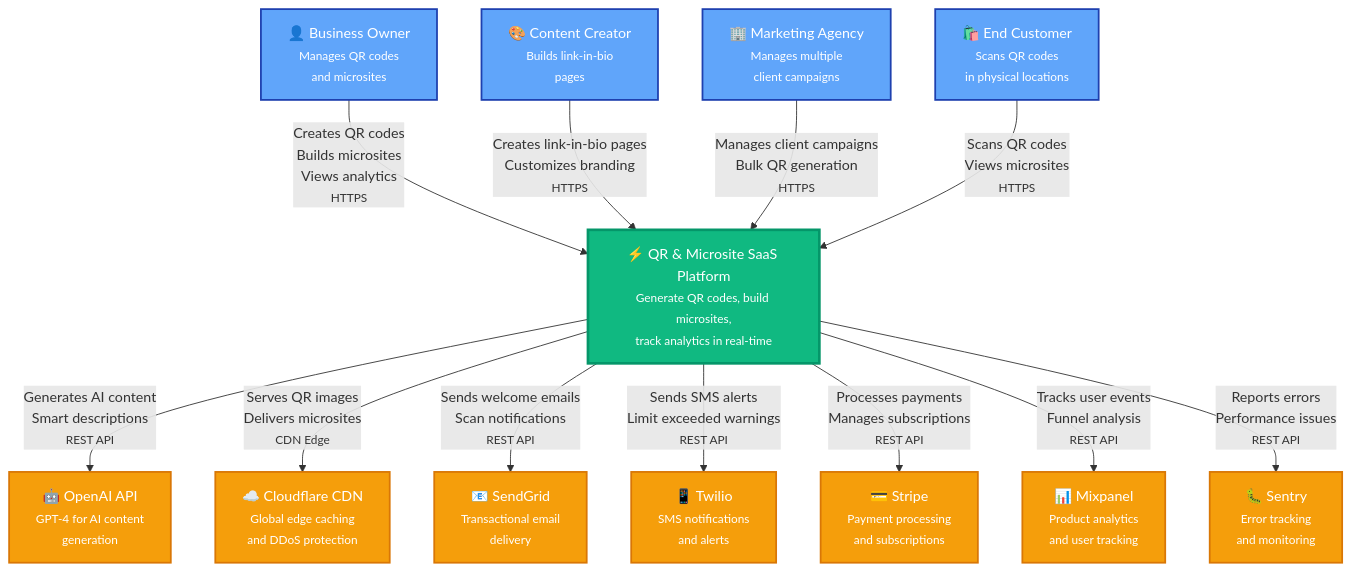
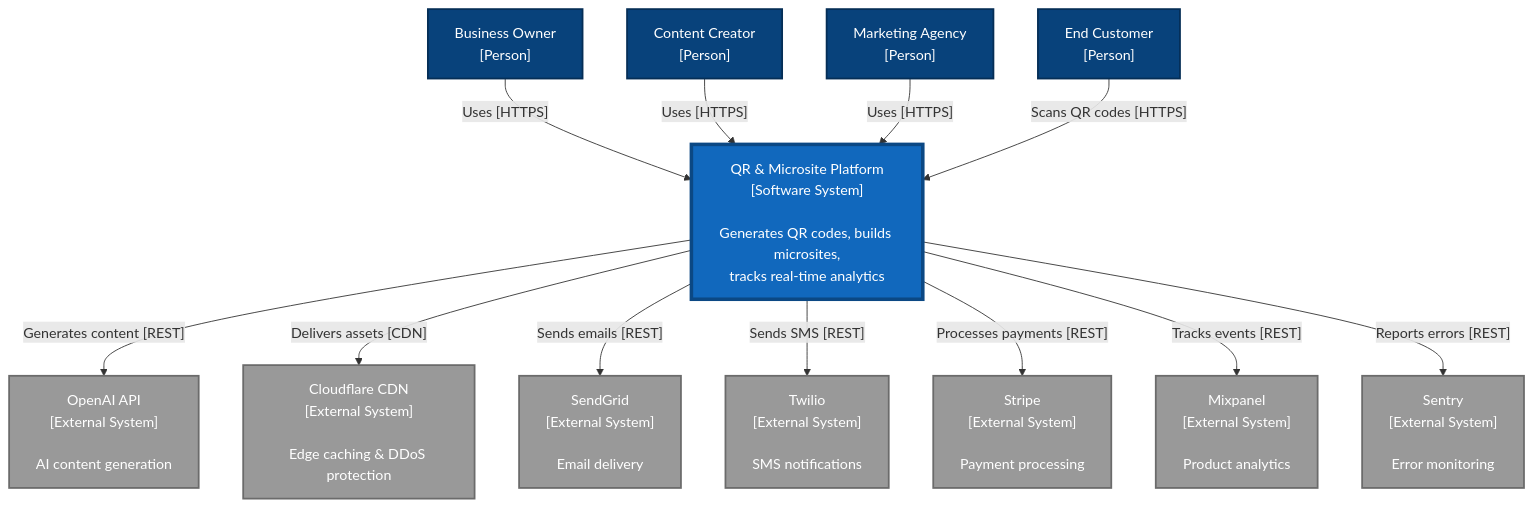
The first of 3 diagrams in README.md (Scanly-io/qr-backend), drawn with Mermaid before and after one commit. The commit also changed other lines of this file, not shown here.

Commit message:
Refactor C4 Level 1 to professional industry-standard format: remove emojis, use C4 notation, apply standard colors

````diff
--- a/README.md
+++ b/README.md
@@ -224,44 +224,44 @@
 ```mermaid
 graph TB
     %% Users (People)
-    Owner[👤 Business Owner<br/><small>Manages QR codes<br/>and microsites</small>]
-    Customer[🛍️ End Customer<br/><small>Scans QR codes<br/>in physical locations</small>]
-    Creator[🎨 Content Creator<br/><small>Builds link-in-bio<br/>pages</small>]
-    Agency[🏢 Marketing Agency<br/><small>Manages multiple<br/>client campaigns</small>]
+    Owner["Business Owner<br/>[Person]"]
+    Customer["End Customer<br/>[Person]"]
+    Creator["Content Creator<br/>[Person]"]
+    Agency["Marketing Agency<br/>[Person]"]
 
     %% The System (Central)
-    System[⚡ QR & Microsite SaaS Platform<br/><small>Generate QR codes, build microsites,<br/>track analytics in real-time</small>]
+    System["QR & Microsite Platform<br/>[Software System]<br/><br/>Generates QR codes, builds microsites,<br/>tracks real-time analytics"]
 
     %% External Systems
-    OpenAI[🤖 OpenAI API<br/><small>GPT-4 for AI content<br/>generation</small>]
-    Cloudflare[☁️ Cloudflare CDN<br/><small>Global edge caching<br/>and DDoS protection</small>]
-    SendGrid[📧 SendGrid<br/><small>Transactional email<br/>delivery</small>]
-    Twilio[📱 Twilio<br/><small>SMS notifications<br/>and alerts</small>]
-    Stripe[💳 Stripe<br/><small>Payment processing<br/>and subscriptions</small>]
-    Mixpanel[📊 Mixpanel<br/><small>Product analytics<br/>and user tracking</small>]
-    Sentry[🐛 Sentry<br/><small>Error tracking<br/>and monitoring</small>]
+    OpenAI["OpenAI API<br/>[External System]<br/><br/>AI content generation"]
+    Cloudflare["Cloudflare CDN<br/>[External System]<br/><br/>Edge caching & DDoS protection"]
+    SendGrid["SendGrid<br/>[External System]<br/><br/>Email delivery"]
+    Twilio["Twilio<br/>[External System]<br/><br/>SMS notifications"]
+    Stripe["Stripe<br/>[External System]<br/><br/>Payment processing"]
+    Mixpanel["Mixpanel<br/>[External System]<br/><br/>Product analytics"]
+    Sentry["Sentry<br/>[External System]<br/><br/>Error monitoring"]
 
     %% User → System interactions
-    Owner -->|Creates QR codes<br/>Builds microsites<br/>Views analytics<br/><small>HTTPS</small>| System
-    Creator -->|Creates link-in-bio pages<br/>Customizes branding<br/><small>HTTPS</small>| System
-    Agency -->|Manages client campaigns<br/>Bulk QR generation<br/><small>HTTPS</small>| System
-    Customer -->|Scans QR codes<br/>Views microsites<br/><small>HTTPS</small>| System
+    Owner -->|"Uses [HTTPS]"| System
+    Creator -->|"Uses [HTTPS]"| System
+    Agency -->|"Uses [HTTPS]"| System
+    Customer -->|"Scans QR codes [HTTPS]"| System
 
     %% System → External Systems interactions
-    System -->|Generates AI content<br/>Smart descriptions<br/><small>REST API</small>| OpenAI
-    System -->|Serves QR images<br/>Delivers microsites<br/><small>CDN Edge</small>| Cloudflare
-    System -->|Sends welcome emails<br/>Scan notifications<br/><small>REST API</small>| SendGrid
-    System -->|Sends SMS alerts<br/>Limit exceeded warnings<br/><small>REST API</small>| Twilio
-    System -->|Processes payments<br/>Manages subscriptions<br/><small>REST API</small>| Stripe
-    System -->|Tracks user events<br/>Funnel analysis<br/><small>REST API</small>| Mixpanel
-    System -->|Reports errors<br/>Performance issues<br/><small>REST API</small>| Sentry
+    System -->|"Generates content [REST]"| OpenAI
+    System -->|"Delivers assets [CDN]"| Cloudflare
+    System -->|"Sends emails [REST]"| SendGrid
+    System -->|"Sends SMS [REST]"| Twilio
+    System -->|"Processes payments [REST]"| Stripe
+    System -->|"Tracks events [REST]"| Mixpanel
+    System -->|"Reports errors [REST]"| Sentry
 
-    %% Styling
-    classDef userStyle fill:#60a5fa,stroke:#1e40af,stroke-width:2px,color:#fff
-    classDef systemStyle fill:#10b981,stroke:#059669,stroke-width:3px,color:#fff
-    classDef externalStyle fill:#f59e0b,stroke:#d97706,stroke-width:2px,color:#fff
+    %% Styling (C4 Model standard colors)
+    classDef personStyle fill:#08427b,stroke:#052e56,stroke-width:2px,color:#ffffff
+    classDef systemStyle fill:#1168bd,stroke:#0b4884,stroke-width:4px,color:#ffffff
+    classDef externalStyle fill:#999999,stroke:#6b6b6b,stroke-width:2px,color:#ffffff
 
-    class Owner,Customer,Creator,Agency userStyle
+    class Owner,Customer,Creator,Agency personStyle
     class System systemStyle
     class OpenAI,Cloudflare,SendGrid,Twilio,Stripe,Mixpanel,Sentry externalStyle
 ```
````
